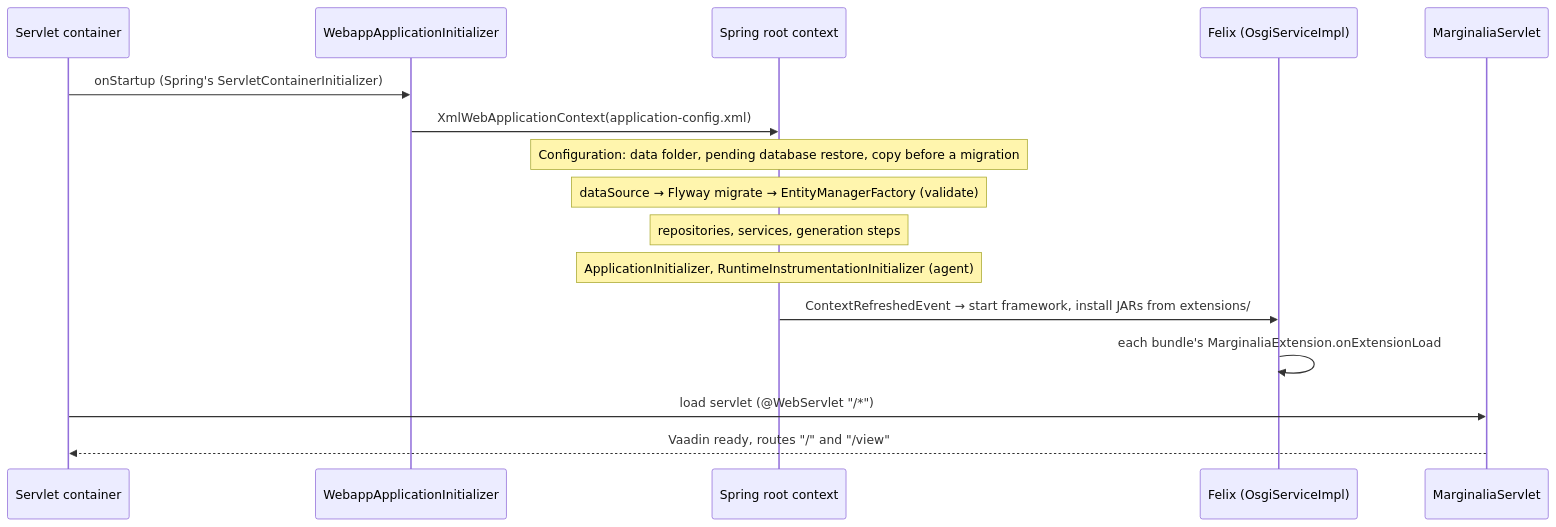
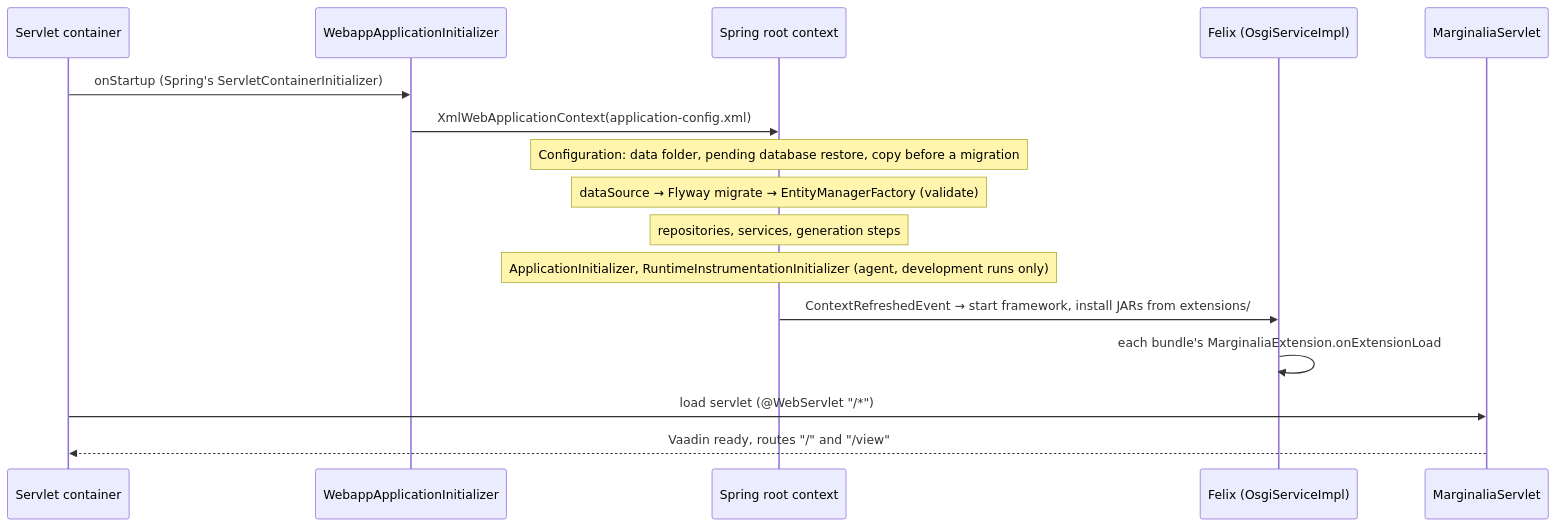
Before and after one commit to Enerccio/Marginalia: the second of 7 diagrams in manual/developer/architecture.md, drawn with Mermaid. The commit also changed other lines of this file and 26 other files, not shown here.

First line of the commit message:
Extensions: weave the @Extendable hooks at build time, agent only in development runs

````diff
--- a/manual/developer/architecture.md
+++ b/manual/developer/architecture.md
@@ -86,19 +86,19 @@
 ```mermaid
 sequenceDiagram
     participant C as Servlet container
     participant W as WebappApplicationInitializer
     participant S as Spring root context
     participant F as Felix (OsgiServiceImpl)
     participant V as MarginaliaServlet
 
     C->>W: onStartup (Spring's ServletContainerInitializer)
     W->>S: XmlWebApplicationContext(application-config.xml)
     Note over S: Configuration: data folder, pending database restore, copy before a migration
     Note over S: dataSource → Flyway migrate → EntityManagerFactory (validate)
     Note over S: repositories, services, generation steps
-    Note over S: ApplicationInitializer, RuntimeInstrumentationInitializer (agent)
+    Note over S: ApplicationInitializer, RuntimeInstrumentationInitializer (agent, development runs only)
     S->>F: ContextRefreshedEvent → start framework, install JARs from extensions/
     F->>F: each bundle's MarginaliaExtension.onExtensionLoad
     C->>V: load servlet (@WebServlet "/*")
     V-->>C: Vaadin ready, routes "/" and "/view"
 ```
````
